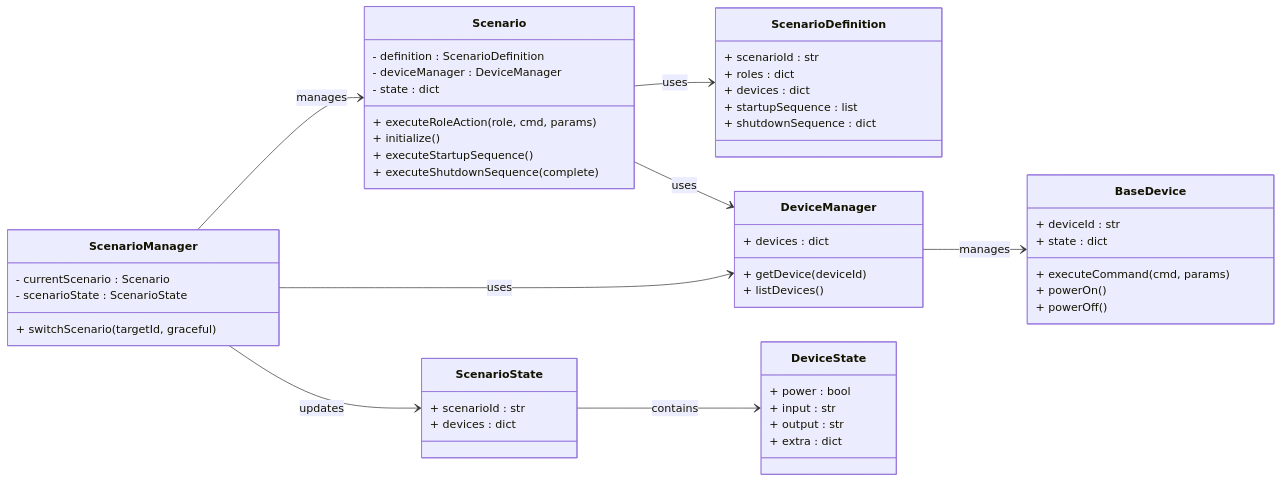
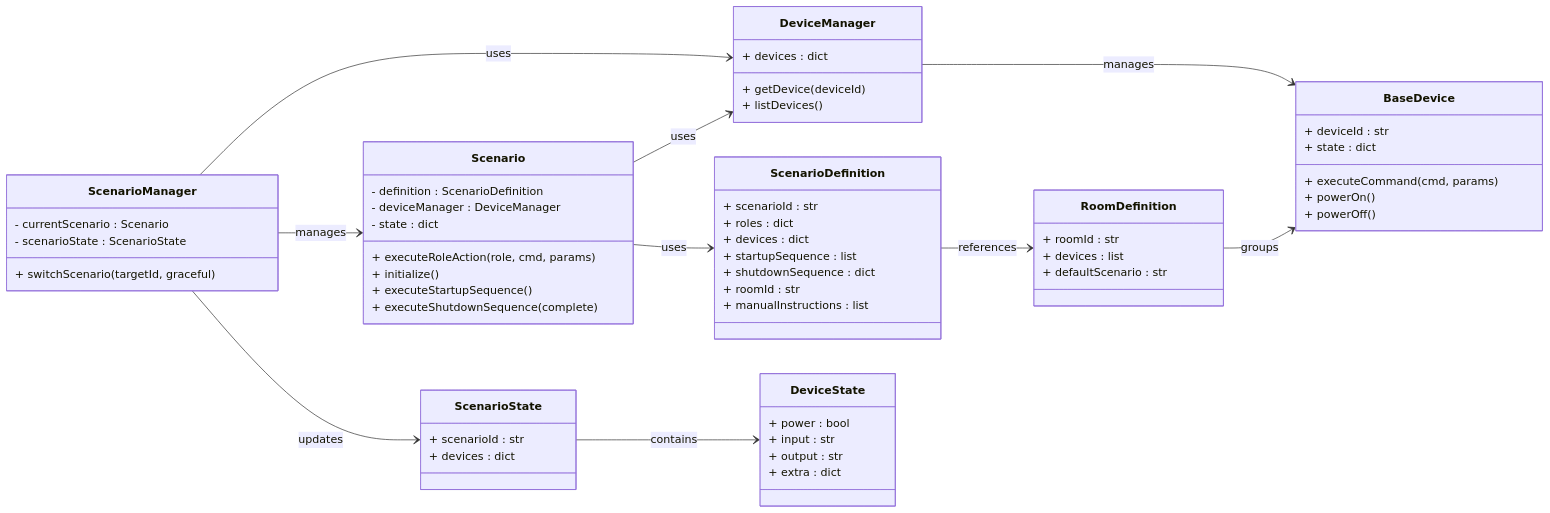
The diagram in docs/scenario_system_spec.md (droman42/wb-mqtt-bridge), drawn with Mermaid before and after one commit. The commit also changed other lines of this file and 22 other files, not shown here.

````diff
--- a/docs/scenario_system_spec.md
+++ b/docs/scenario_system_spec.md
@@ -26,63 +28,73 @@
 ```mermaid
-%% Scenario System – High‑Level Architecture
+%% Scenario System – High‑Level Architecture (rev2 with Rooms)
 classDiagram
     direction LR
 
     class ScenarioManager {
         - currentScenario : Scenario
         - scenarioState : ScenarioState
         + switchScenario(targetId, graceful)
     }
 
     class Scenario {
         - definition : ScenarioDefinition
         - deviceManager : DeviceManager
         - state : dict
         + executeRoleAction(role, cmd, params)
         + initialize()
         + executeStartupSequence()
         + executeShutdownSequence(complete)
     }
 
     class ScenarioDefinition {
         + scenarioId : str
         + roles : dict
         + devices : dict
         + startupSequence : list
         + shutdownSequence : dict
+        + roomId : str
+        + manualInstructions : list
+    }
+
+    class RoomDefinition {
+        + roomId : str
+        + devices : list
+        + defaultScenario : str
     }
 
     class DeviceManager {
         + devices : dict
         + getDevice(deviceId)
         + listDevices()
     }
 
     class BaseDevice {
         + deviceId : str
         + state : dict
         + executeCommand(cmd, params)
         + powerOn()
         + powerOff()
     }
 
     class DeviceState {
         + power : bool
         + input : str
         + output : str
         + extra : dict
     }
 
     class ScenarioState {
         + scenarioId : str
         + devices : dict
     }
 
     ScenarioManager --> Scenario : manages
     ScenarioManager --> DeviceManager : uses
     ScenarioManager --> ScenarioState : updates
     Scenario --> ScenarioDefinition : uses
     Scenario --> DeviceManager : uses
     DeviceManager --> BaseDevice : manages
     ScenarioState --> DeviceState : contains
+    ScenarioDefinition --> RoomDefinition : references
+    RoomDefinition --> BaseDevice : groups
 ```
````
